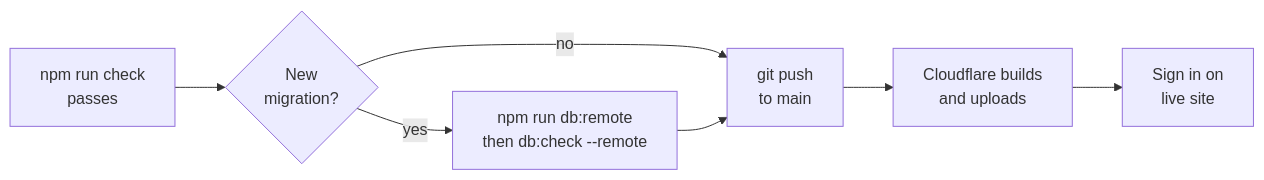
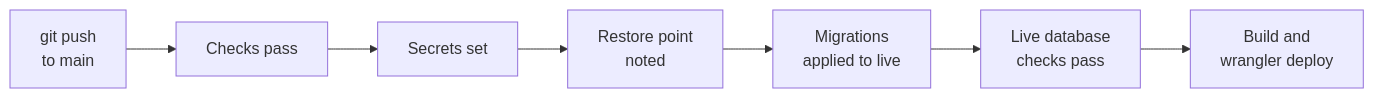
The second of 2 diagrams in docs/DEPLOYING.md (gvogas/medDashboard), drawn with Mermaid before and after one commit. The commit also changed other lines of this file and 5 other files, not shown here.

First line of the commit message:
CI: deploy main through GitHub Actions, with migrations applied before the code

````diff
--- a/docs/DEPLOYING.md
+++ b/docs/DEPLOYING.md
@@ -93,9 +103,9 @@
 ```mermaid
 flowchart LR
-  A[npm run check<br/>passes] --> M{New<br/>migration?}
-  M -->|yes| D[npm run db:remote<br/>then db:check --remote]
-  M -->|no| P
-  D --> P[git push<br/>to main]
-  P --> E[Cloudflare builds<br/>and uploads]
-  E --> F[Sign in on<br/>live site]
+  P[git push<br/>to main] --> C[Checks pass]
+  C --> S[Secrets set]
+  S --> B[Restore point<br/>noted]
+  B --> M[Migrations<br/>applied to live]
+  M --> D[Live database<br/>checks pass]
+  D --> E[Build and<br/>wrangler deploy]
 ```
````
